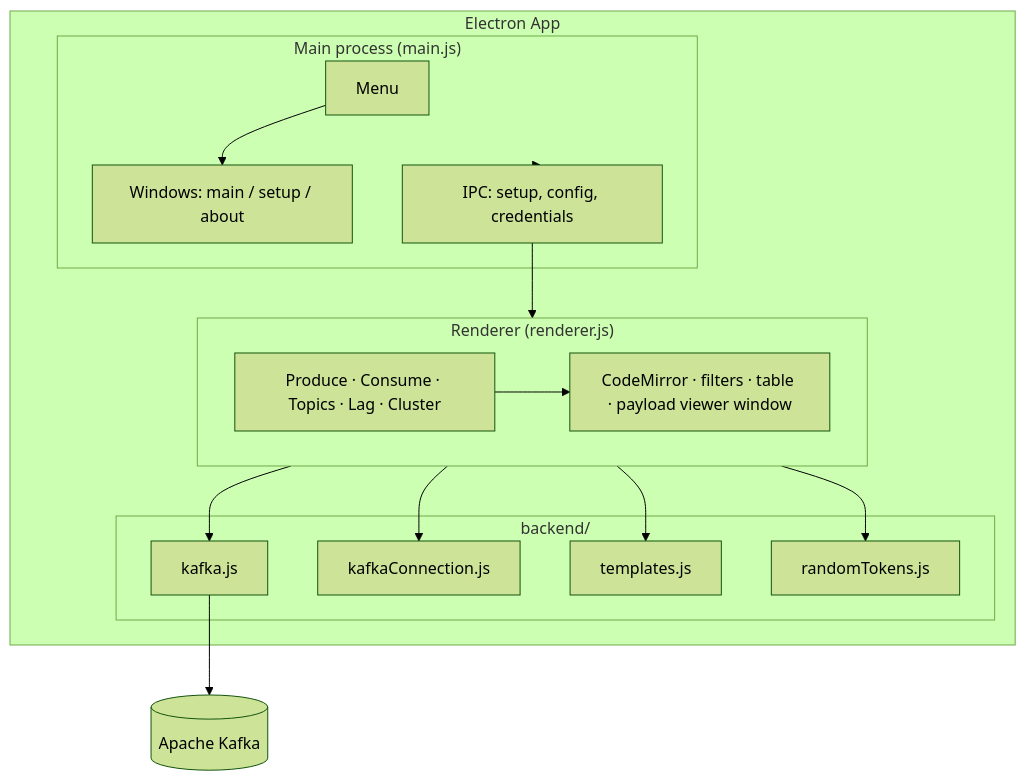
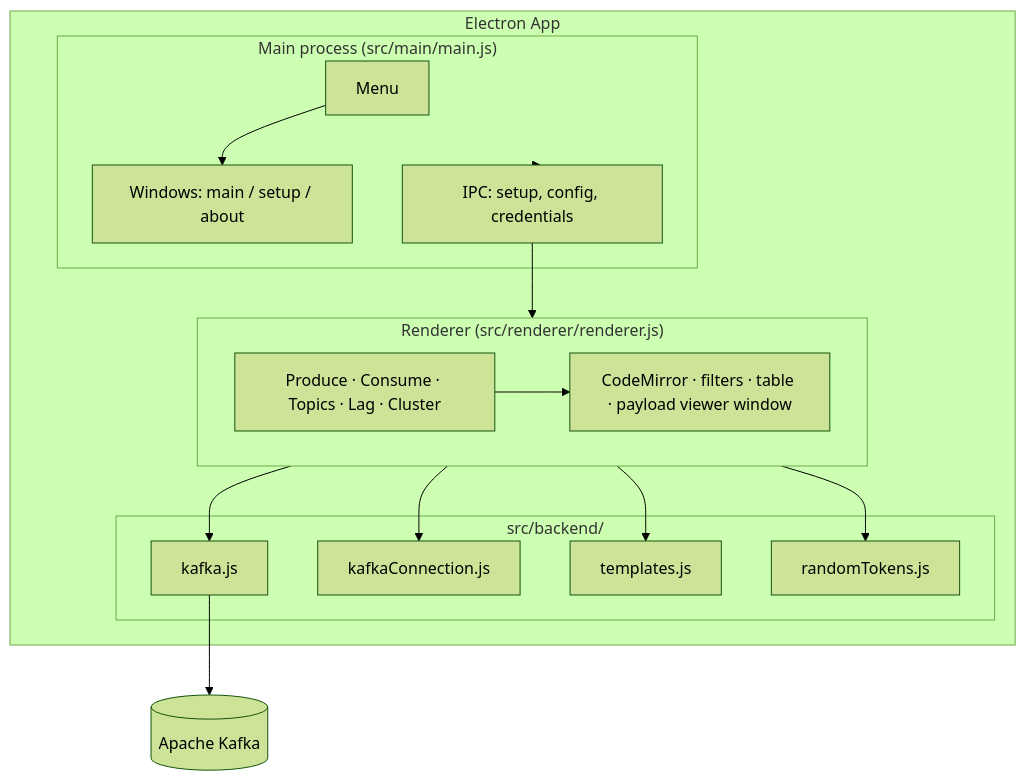
One commit to DilshanPGN/kafka-safe-stream changed the first of 4 diagrams in README.md. Above: the diagram before and after it, drawn with Mermaid (forest theme). The commit also changed other lines of this file and 12 other files, not shown here.

Commit message:
Refactor project structure by moving main and renderer files into a 'src' directory; update references in HTML and package.json accordingly. Remove obsolete main.js, renderer.js, setup.js, payload-viewer.js, and related backend files to streamline the codebase.

````diff
--- a/README.md
+++ b/README.md
@@ -46,32 +46,32 @@
 ```mermaid
 flowchart TB
     subgraph Electron["Electron App"]
-        subgraph Main["Main process (main.js)"]
+        subgraph Main["Main process (src/main/main.js)"]
             Menu[Menu]
             Win[Windows: main / setup / about]
             IPC[IPC: setup, config, credentials]
         end
 
-        subgraph Renderer["Renderer (renderer.js)"]
+        subgraph Renderer["Renderer (src/renderer/renderer.js)"]
             Tabs[Produce · Consume · Topics · Lag · Cluster]
             CM[CodeMirror · filters · table · payload viewer window]
             Tabs --> CM
         end
 
-        subgraph Backend["backend/"]
+        subgraph Backend["src/backend/"]
             K[kafka.js]
             KC[kafkaConnection.js]
             Tmpl[templates.js]
             RT[randomTokens.js]
         end
     end
 
     K --> Kafka[(Apache Kafka)]
     Renderer --> K
     Renderer --> KC
     Renderer --> Tmpl
     Renderer --> RT
     Main --> IPC
     IPC --> Renderer
     Menu --> Win
 ```
````
